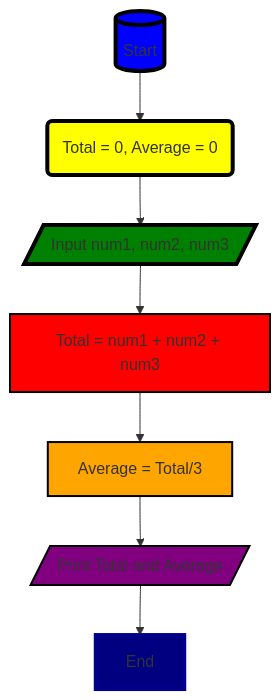
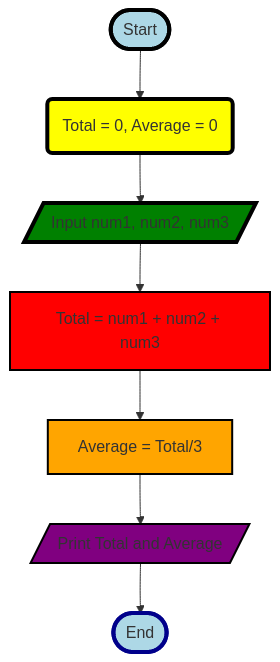
One commit to Halamohamed/Workshops-Algorithm-Flowchart changed the first of 2 diagrams in mermaid.md. Above: the diagram before and after it, drawn with Mermaid. The commit also changed other lines of this file, not shown here.

Commit message:
updated mermaid

````diff
--- a/mermaid.md
+++ b/mermaid.md
@@ -25,16 +5,16 @@
 ``` mermaid
 flowchart TD
-    A[(Start)] --> B(Total = 0, Average = 0)
-    style A fill:blue,stroke:black,stroke-width:4px,shadow:shadow
+    A([Start]) --> B(Total = 0, Average = 0)
+    style A fill:lightblue,stroke:black,stroke-width:4px,shadow:shadow
     B --> C[/Input num1, num2, num3/]
     style B fill:yellow,stroke:black,stroke-width:4px,shadow:shadow
     C --> D[Total = num1 + num2 + num3]
     style C fill:green,stroke:black,stroke-width:4px,shadow:shadow
     D --> E[Average = Total/3 ]
     E --> F[/Print Total and Average/]
-    F --> S[End]
+    F --> S([End])
     style D fill:red,stroke:black,stroke-width:2px,shadow:shadow
     style E fill:orange,stroke:black,stroke-width:2px,shadow:shadow
     style F fill:purple,stroke:black,stroke-width:2px,shadow:shadow
-    style S fill:navy,stroke:darkblue,stroke-width:4px,shadow:shadow
+    style S fill:lightblue,stroke:darkblue,stroke-width:4px,shadow:shadow
 ```
````
